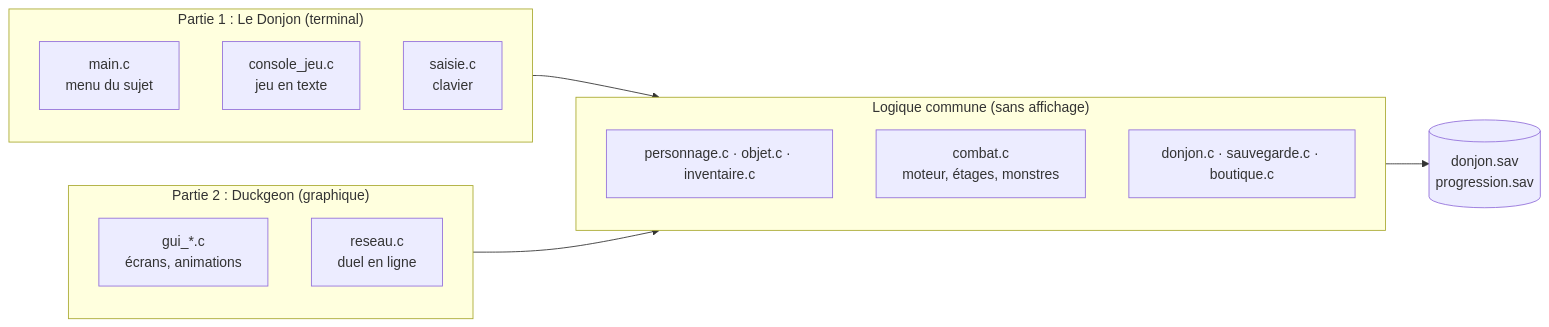
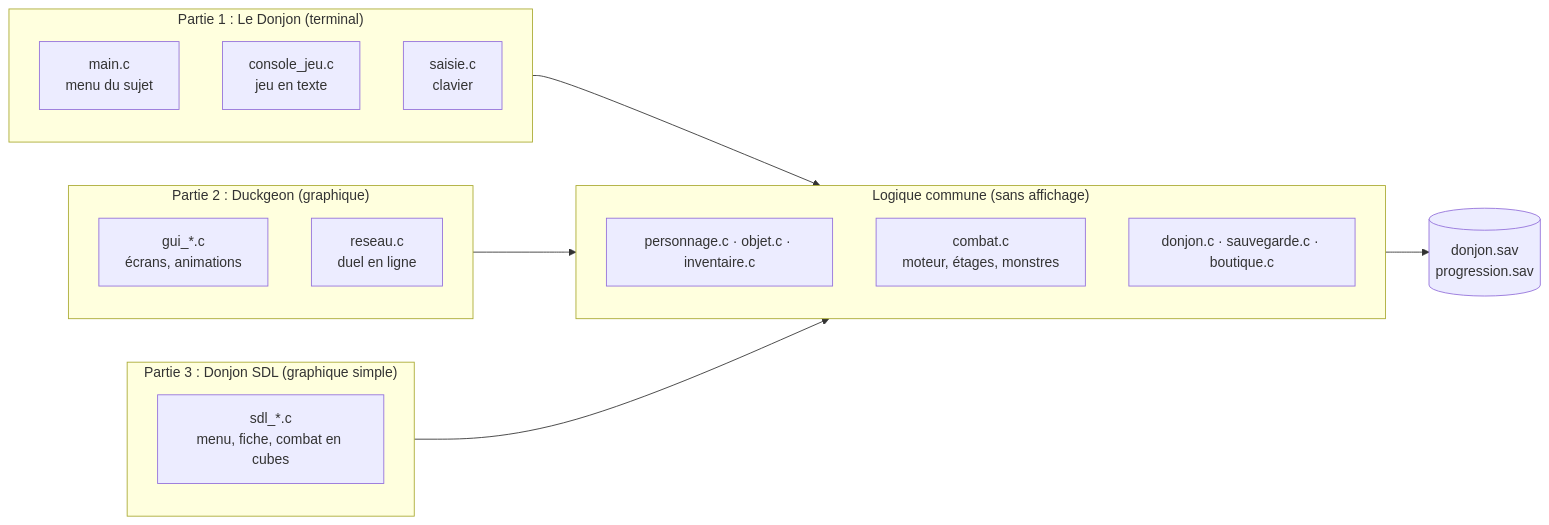
Diagram 15 of 15 in README.md (evomerse/duckgeon), drawn with Mermaid before and after one commit. The commit also changed other lines of this file and 9 other files, not shown here.

Commit message:
Partie 3 : Donjon SDL, version graphique simple du terminal (menu 1 à 11, combat en cubes de couleur, mode combat automatique)

````diff
--- a/README.md
+++ b/README.md
@@ -1237,20 +1311,24 @@
 ```mermaid
 flowchart LR
     subgraph P1["Partie 1 : Le Donjon (terminal)"]
         M["main.c<br/>menu du sujet"]
         CJ["console_jeu.c<br/>jeu en texte"]
         SA["saisie.c<br/>clavier"]
     end
     subgraph COMMUN["Logique commune (sans affichage)"]
         PE["personnage.c · objet.c · inventaire.c"]
         CO["combat.c<br/>moteur, étages, monstres"]
         DO["donjon.c · sauvegarde.c · boutique.c"]
     end
     subgraph P2["Partie 2 : Duckgeon (graphique)"]
         G["gui_*.c<br/>écrans, animations"]
         R["reseau.c<br/>duel en ligne"]
     end
+    subgraph P3["Partie 3 : Donjon SDL (graphique simple)"]
+        S["sdl_*.c<br/>menu, fiche, combat en cubes"]
+    end
     P1 --> COMMUN
     P2 --> COMMUN
+    P3 --> COMMUN
     COMMUN --> F[("donjon.sav<br/>progression.sav")]
 ```
````
